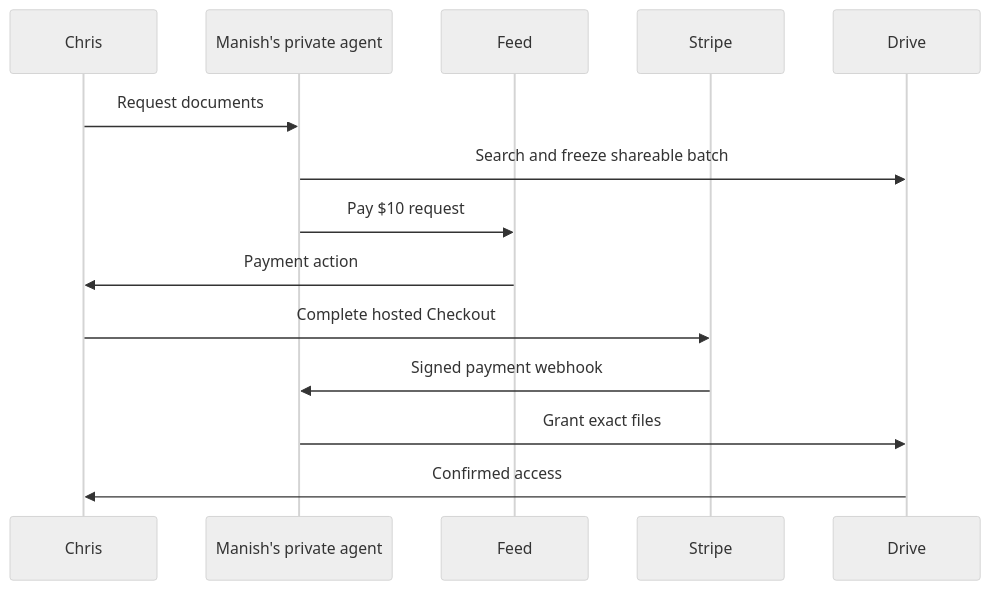
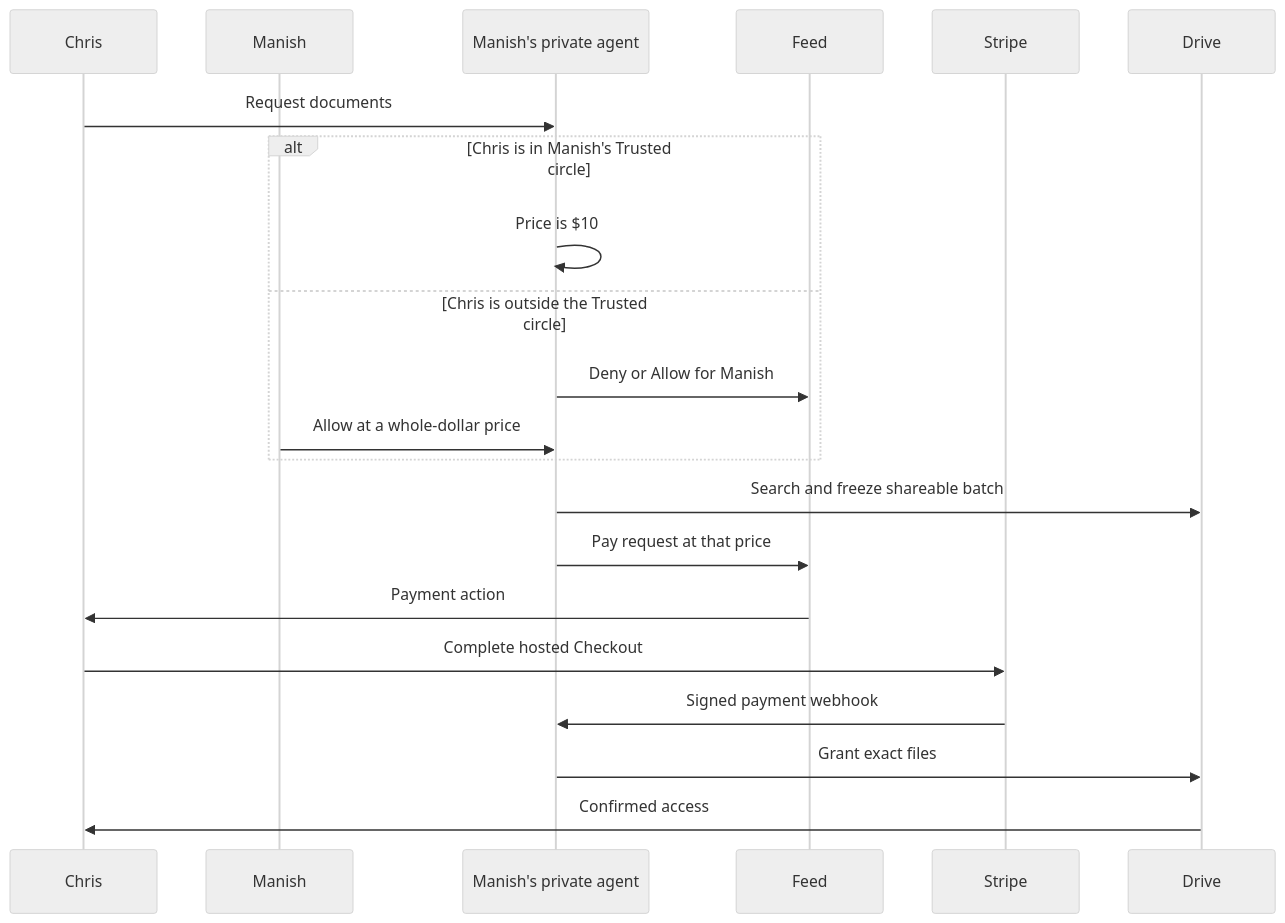
The diagram in docs/reference/operations/drive-request-stripe-paywall.md (hushh-labs/hushh-research), drawn with Mermaid (neutral theme) before and after one commit. The commit also changed other lines of this file and 60 other files, not shown here.

````diff
--- a/docs/reference/operations/drive-request-stripe-paywall.md
+++ b/docs/reference/operations/drive-request-stripe-paywall.md
@@ -7,16 +7,23 @@
 ```mermaid
 sequenceDiagram
     participant Chris
+    participant Manish
     participant PrivateAgent as Manish's private agent
     participant Feed
     participant Stripe
     participant Drive
     Chris->>PrivateAgent: Request documents
+    alt Chris is in Manish's Trusted circle
+        PrivateAgent->>PrivateAgent: Price is $10
+    else Chris is outside the Trusted circle
+        PrivateAgent->>Feed: Deny or Allow for Manish
+        Manish->>PrivateAgent: Allow at a whole-dollar price
+    end
     PrivateAgent->>Drive: Search and freeze shareable batch
-    PrivateAgent->>Feed: Pay $10 request
+    PrivateAgent->>Feed: Pay request at that price
     Feed->>Chris: Payment action
     Chris->>Stripe: Complete hosted Checkout
     Stripe->>PrivateAgent: Signed payment webhook
     PrivateAgent->>Drive: Grant exact files
     Drive->>Chris: Confirmed access
 ```
````
